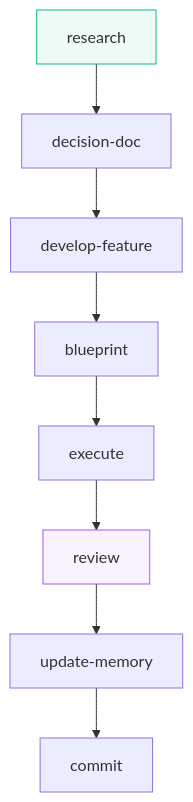
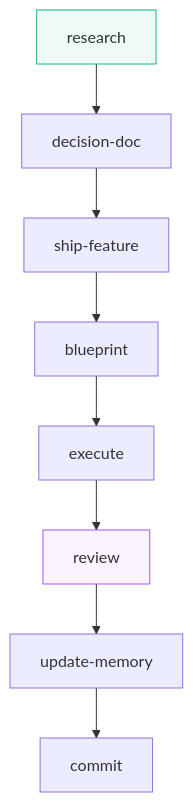
The first of 2 diagrams in README.md (NicolaTomasoni/daiku), drawn with Mermaid before and after one commit. The commit also changed other lines of this file and 29 other files, not shown here.

Commit message:
release 1.0.5 — the run's boundary in the conversation, the strategic stage, the feature catalogue, and ship-feature in place of develop-feature

````diff
--- a/README.md
+++ b/README.md
@@ -161,13 +161,13 @@
 ```mermaid
 flowchart TD
     RS["research"] --> DD["decision-doc"]
-    DD --> DF["develop-feature"]
-    DF --> BP["blueprint"]
+    DD --> SF["ship-feature"]
+    SF --> BP["blueprint"]
     BP --> EX["execute"]
     EX --> RV["review"]
     RV --> UM["update-memory"]
     UM --> CM["commit"]
 
     style RS fill:#10b98112,stroke:#10b981
     style RV fill:#a855f712,stroke:#a855f7
 ```
````
